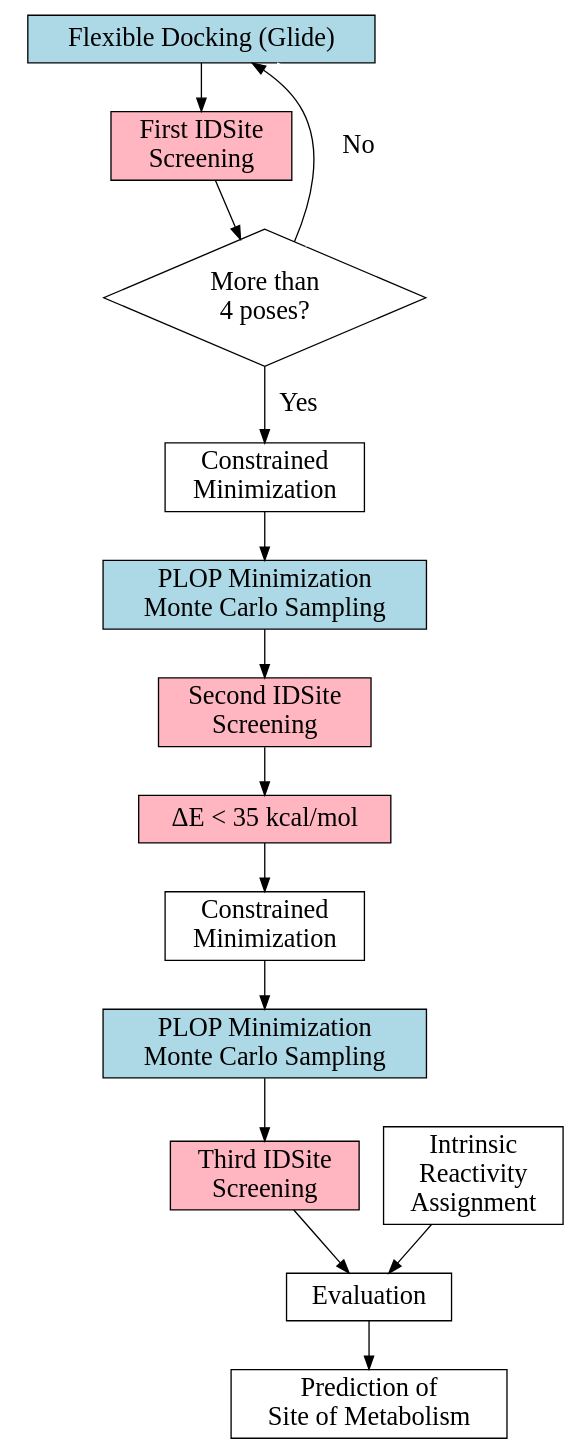
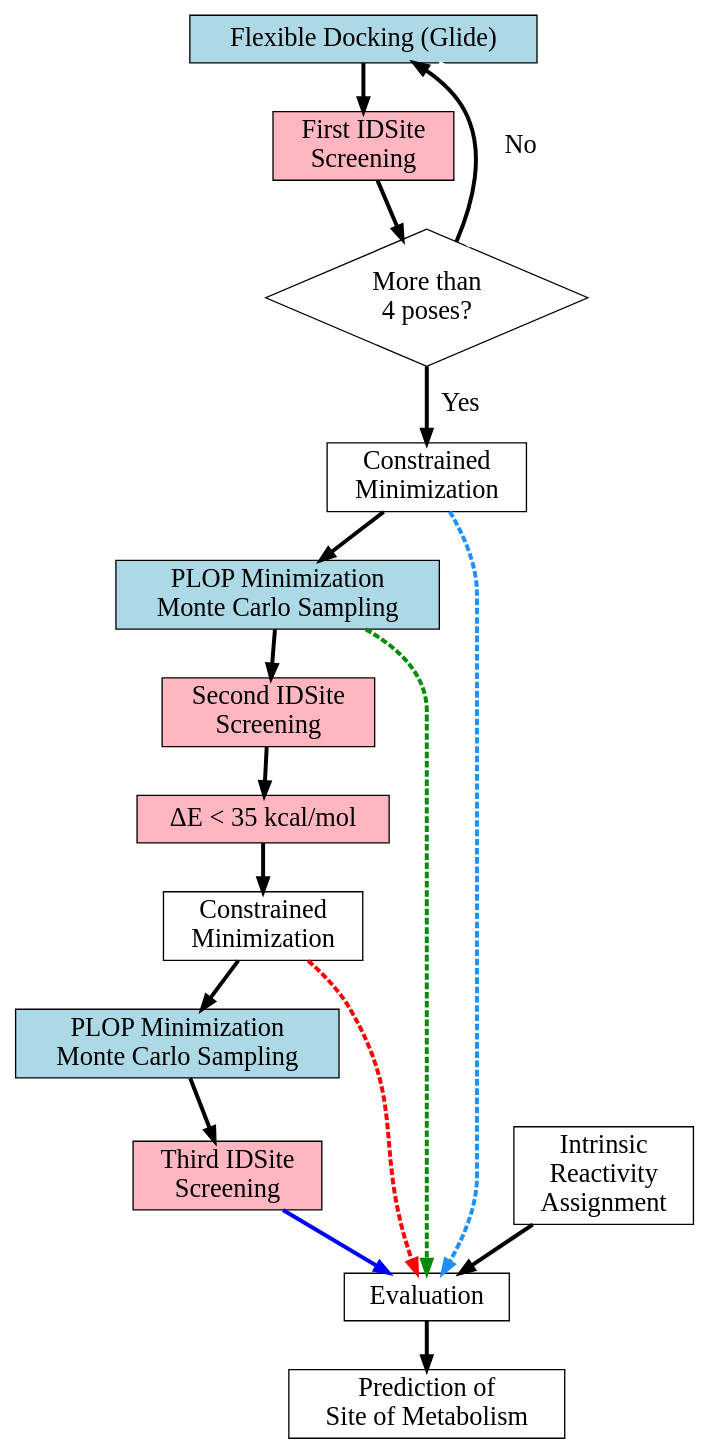
One commit to jbylund/columbia_thesis changed the diagram in dot_files/idsite.dot. Above: the diagram before and after it, drawn with Graphviz. The commit also changed 4 other files, not shown here.

```diff
--- a/dot_files/idsite.dot
+++ b/dot_files/idsite.dot
@@ -1,32 +1,37 @@
  digraph graphname {
     node [shape=box,fontsize=20,fontname=DejaVuSerif] // DejaVuSans also works
-    edge [fontsize=20,fontname=DejaVuSerif]
+    edge [fontsize=20,fontname=DejaVuSerif,penwidth=3]
     docking[label="Flexible Docking (Glide)", style="filled", fillcolor=lightblue]
     poses_check[label="More than\n4 poses?",shape=diamond, style="filled", fillcolor=white]
     invisible_node[label="a",style=invisible]//style=invis
 
     first_screen[label="First IDSite\nScreening", style="filled", fillcolor=lightpink]
     second_screen[label="Second IDSite\nScreening", style="filled", fillcolor=lightpink]
     third_screen[label="Third IDSite\nScreening", style="filled", fillcolor=lightpink]
     delta_e[label="&Delta;E < 35 kcal/mol", style="filled", fillcolor=lightpink]
 
     first_constrained_min[label="Constrained\nMinimization", style="filled", fillcolor=white]
     second_constrained_min[label="Constrained\nMinimization", style="filled", fillcolor=white]
 
     first_plop[label="PLOP Minimization\nMonte Carlo Sampling", style="filled", fillcolor=lightblue]
     second_plop[label="PLOP Minimization\nMonte Carlo Sampling", style="filled", fillcolor=lightblue]
 
 
     prediction[label="Prediction of\nSite of Metabolism", style="filled", fillcolor=white]
     reactivity[label="Intrinsic\nReactivity\nAssignment", style="filled", fillcolor=white]
     evaluation[label="Evaluation", style="filled", fillcolor=white]
 
     docking -> first_screen -> poses_check[weight=2]
-    first_constrained_min -> first_plop -> second_screen -> delta_e -> second_constrained_min -> second_plop -> third_screen -> evaluation -> prediction
+    first_constrained_min -> first_plop -> second_screen -> delta_e -> second_constrained_min -> second_plop -> third_screen
     docking -> invisible_node[dir=none,style=invisible]
     poses_check -> docking
     poses_check -> docking[dir=none,label="No",color=white]
     poses_check -> first_constrained_min[label="  Yes"]
     {rank=same; invisible_node first_screen}
-    reactivity -> evaluation
+    reactivity -> evaluation -> prediction
+
+    first_constrained_min -> evaluation [style=dashed,color=dodgerblue]
+    first_plop -> evaluation [style=dashed,color=green4]
+    second_constrained_min -> evaluation [style=dashed,color=red]
+    third_screen -> evaluation [color=blue]
  }
```
